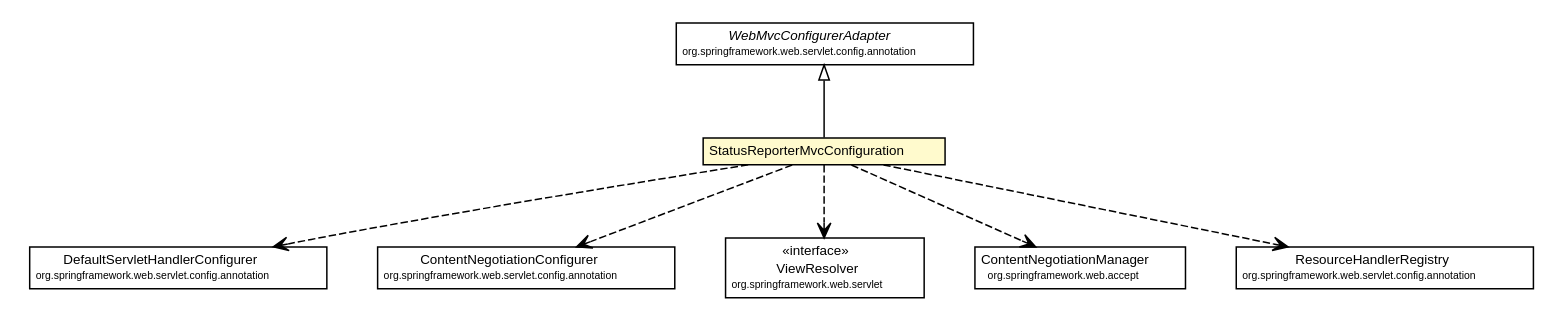
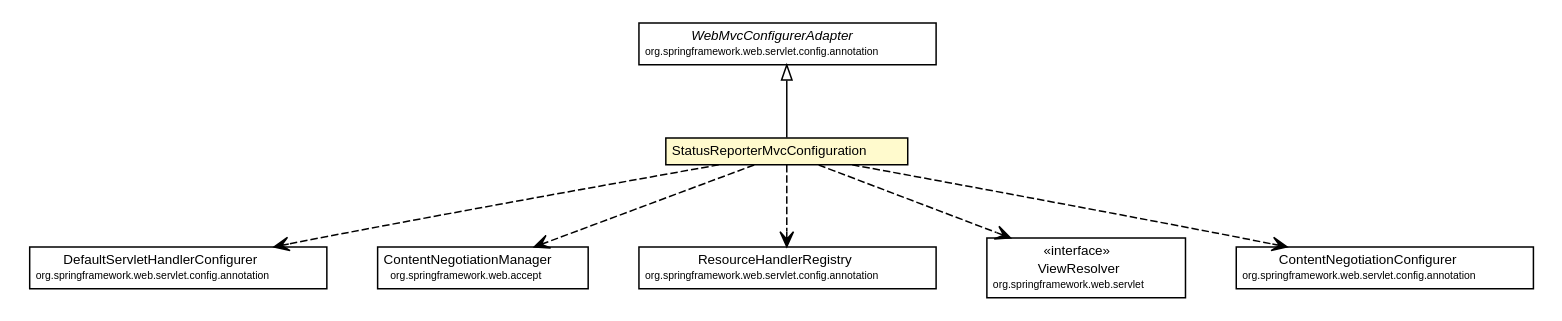
One commit to willmorejg/net.ljcomputing.status-reporter changed the diagram in docs/javadoc/apidocs/net/ljcomputing/sr/config/StatusReporterMvcConfiguration.dot. Above: the diagram before and after it, drawn with Graphviz. The commit also changed 209 other files, not shown here.

```diff
--- a/docs/javadoc/apidocs/net/ljcomputing/sr/config/StatusReporterMvcConfiguration.dot
+++ b/docs/javadoc/apidocs/net/ljcomputing/sr/config/StatusReporterMvcConfiguration.dot
@@ -1,73 +1,73 @@
 #!/usr/local/bin/dot
 #
 # Class diagram 
 # Generated by UMLGraph version R5_6-24-gf6e263 (http://www.umlgraph.org/)
 #
 
 digraph G {
 	edge [fontname="Helvetica",fontsize=10,labelfontname="Helvetica",labelfontsize=10];
 	node [fontname="Helvetica",fontsize=10,shape=plaintext];
 	nodesep=0.25;
 	ranksep=0.5;
 	// net.ljcomputing.sr.config.StatusReporterMvcConfiguration
 	c2625 [label=<<table title="net.ljcomputing.sr.config.StatusReporterMvcConfiguration" border="0" cellborder="1" cellspacing="0" cellpadding="2" port="p" bgcolor="lemonChiffon" href="./StatusReporterMvcConfiguration.html">
 		<tr><td><table border="0" cellspacing="0" cellpadding="1">
 <tr><td align="center" balign="center"> StatusReporterMvcConfiguration </td></tr>
 		</table></td></tr>
 		</table>>, URL="./StatusReporterMvcConfiguration.html", fontname="Helvetica", fontcolor="black", fontsize=9.0];
 	//net.ljcomputing.sr.config.StatusReporterMvcConfiguration extends org.springframework.web.servlet.config.annotation.WebMvcConfigurerAdapter
 	c2632:p -> c2625:p [dir=back,arrowtail=empty];
 	// net.ljcomputing.sr.config.StatusReporterMvcConfiguration DEPEND org.springframework.web.servlet.config.annotation.DefaultServletHandlerConfigurer
 	c2625:p -> c2635:p [taillabel="", label="", headlabel="", fontname="Helvetica", fontcolor="black", fontsize=10.0, color="black", arrowhead=open, style=dashed];
+	// net.ljcomputing.sr.config.StatusReporterMvcConfiguration DEPEND org.springframework.web.accept.ContentNegotiationManager
+	c2625:p -> c2640:p [taillabel="", label="", headlabel="", fontname="Helvetica", fontcolor="black", fontsize=10.0, color="black", arrowhead=open, style=dashed];
+	// net.ljcomputing.sr.config.StatusReporterMvcConfiguration DEPEND org.springframework.web.servlet.config.annotation.ResourceHandlerRegistry
+	c2625:p -> c2642:p [taillabel="", label="", headlabel="", fontname="Helvetica", fontcolor="black", fontsize=10.0, color="black", arrowhead=open, style=dashed];
+	// net.ljcomputing.sr.config.StatusReporterMvcConfiguration DEPEND org.springframework.web.servlet.ViewResolver
+	c2625:p -> c2644:p [taillabel="", label="", headlabel="", fontname="Helvetica", fontcolor="black", fontsize=10.0, color="black", arrowhead=open, style=dashed];
 	// net.ljcomputing.sr.config.StatusReporterMvcConfiguration DEPEND org.springframework.web.servlet.config.annotation.ContentNegotiationConfigurer
-	c2625:p -> c2639:p [taillabel="", label="", headlabel="", fontname="Helvetica", fontcolor="black", fontsize=10.0, color="black", arrowhead=open, style=dashed];
-	// net.ljcomputing.sr.config.StatusReporterMvcConfiguration DEPEND org.springframework.web.servlet.ViewResolver
-	c2625:p -> c2641:p [taillabel="", label="", headlabel="", fontname="Helvetica", fontcolor="black", fontsize=10.0, color="black", arrowhead=open, style=dashed];
-	// net.ljcomputing.sr.config.StatusReporterMvcConfiguration DEPEND org.springframework.web.accept.ContentNegotiationManager
-	c2625:p -> c2644:p [taillabel="", label="", headlabel="", fontname="Helvetica", fontcolor="black", fontsize=10.0, color="black", arrowhead=open, style=dashed];
-	// net.ljcomputing.sr.config.StatusReporterMvcConfiguration DEPEND org.springframework.web.servlet.config.annotation.ResourceHandlerRegistry
 	c2625:p -> c2646:p [taillabel="", label="", headlabel="", fontname="Helvetica", fontcolor="black", fontsize=10.0, color="black", arrowhead=open, style=dashed];
 	// org.springframework.web.servlet.config.annotation.DefaultServletHandlerConfigurer
 	c2635 [label=<<table title="org.springframework.web.servlet.config.annotation.DefaultServletHandlerConfigurer" border="0" cellborder="1" cellspacing="0" cellpadding="2" port="p">
 		<tr><td><table border="0" cellspacing="0" cellpadding="1">
 <tr><td align="center" balign="center"> DefaultServletHandlerConfigurer </td></tr>
 <tr><td align="center" balign="center"><font point-size="7.0"> org.springframework.web.servlet.config.annotation </font></td></tr>
 		</table></td></tr>
 		</table>>, URL="null", fontname="Helvetica", fontcolor="black", fontsize=9.0];
 	// org.springframework.web.servlet.config.annotation.ContentNegotiationConfigurer
-	c2639 [label=<<table title="org.springframework.web.servlet.config.annotation.ContentNegotiationConfigurer" border="0" cellborder="1" cellspacing="0" cellpadding="2" port="p">
+	c2646 [label=<<table title="org.springframework.web.servlet.config.annotation.ContentNegotiationConfigurer" border="0" cellborder="1" cellspacing="0" cellpadding="2" port="p">
 		<tr><td><table border="0" cellspacing="0" cellpadding="1">
 <tr><td align="center" balign="center"> ContentNegotiationConfigurer </td></tr>
 <tr><td align="center" balign="center"><font point-size="7.0"> org.springframework.web.servlet.config.annotation </font></td></tr>
 		</table></td></tr>
 		</table>>, URL="null", fontname="Helvetica", fontcolor="black", fontsize=9.0];
 	// org.springframework.web.servlet.config.annotation.WebMvcConfigurerAdapter
 	c2632 [label=<<table title="org.springframework.web.servlet.config.annotation.WebMvcConfigurerAdapter" border="0" cellborder="1" cellspacing="0" cellpadding="2" port="p">
 		<tr><td><table border="0" cellspacing="0" cellpadding="1">
 <tr><td align="center" balign="center"><font face="Helvetica-Oblique"> WebMvcConfigurerAdapter </font></td></tr>
 <tr><td align="center" balign="center"><font point-size="7.0"> org.springframework.web.servlet.config.annotation </font></td></tr>
 		</table></td></tr>
 		</table>>, URL="null", fontname="Helvetica", fontcolor="black", fontsize=9.0];
 	// org.springframework.web.servlet.ViewResolver
-	c2641 [label=<<table title="org.springframework.web.servlet.ViewResolver" border="0" cellborder="1" cellspacing="0" cellpadding="2" port="p">
+	c2644 [label=<<table title="org.springframework.web.servlet.ViewResolver" border="0" cellborder="1" cellspacing="0" cellpadding="2" port="p">
 		<tr><td><table border="0" cellspacing="0" cellpadding="1">
 <tr><td align="center" balign="center"> &#171;interface&#187; </td></tr>
 <tr><td align="center" balign="center"> ViewResolver </td></tr>
 <tr><td align="center" balign="center"><font point-size="7.0"> org.springframework.web.servlet </font></td></tr>
 		</table></td></tr>
 		</table>>, URL="null", fontname="Helvetica", fontcolor="black", fontsize=9.0];
 	// org.springframework.web.servlet.config.annotation.ResourceHandlerRegistry
-	c2646 [label=<<table title="org.springframework.web.servlet.config.annotation.ResourceHandlerRegistry" border="0" cellborder="1" cellspacing="0" cellpadding="2" port="p">
+	c2642 [label=<<table title="org.springframework.web.servlet.config.annotation.ResourceHandlerRegistry" border="0" cellborder="1" cellspacing="0" cellpadding="2" port="p">
 		<tr><td><table border="0" cellspacing="0" cellpadding="1">
 <tr><td align="center" balign="center"> ResourceHandlerRegistry </td></tr>
 <tr><td align="center" balign="center"><font point-size="7.0"> org.springframework.web.servlet.config.annotation </font></td></tr>
 		</table></td></tr>
 		</table>>, URL="null", fontname="Helvetica", fontcolor="black", fontsize=9.0];
 	// org.springframework.web.accept.ContentNegotiationManager
-	c2644 [label=<<table title="org.springframework.web.accept.ContentNegotiationManager" border="0" cellborder="1" cellspacing="0" cellpadding="2" port="p">
+	c2640 [label=<<table title="org.springframework.web.accept.ContentNegotiationManager" border="0" cellborder="1" cellspacing="0" cellpadding="2" port="p">
 		<tr><td><table border="0" cellspacing="0" cellpadding="1">
 <tr><td align="center" balign="center"> ContentNegotiationManager </td></tr>
 <tr><td align="center" balign="center"><font point-size="7.0"> org.springframework.web.accept </font></td></tr>
 		</table></td></tr>
 		</table>>, URL="null", fontname="Helvetica", fontcolor="black", fontsize=9.0];
 }
```
